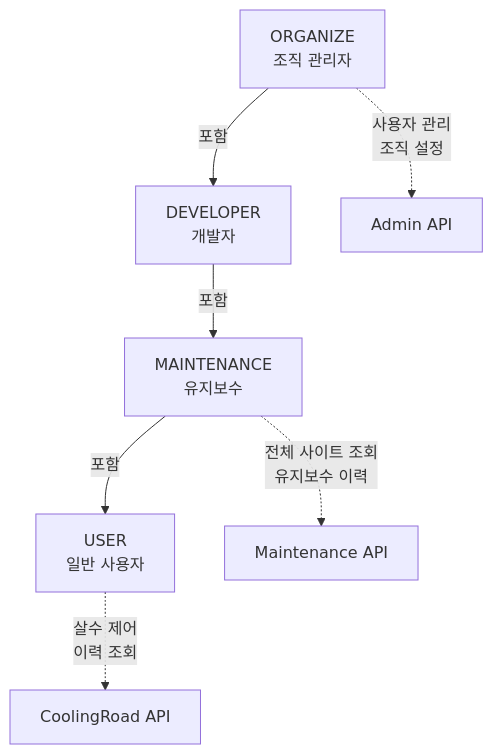
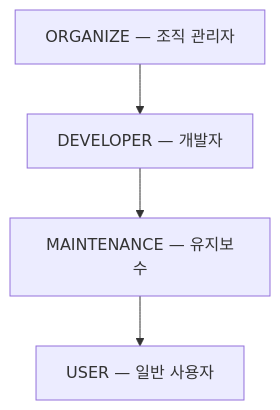
The seventh of 9 diagrams in README.md (1985jwlee/production-iot-backend), drawn with Mermaid before and after one commit. The commit also changed other lines of this file, not shown here.

````diff
--- a/README.md
+++ b/README.md
@@ -321,11 +234,6 @@
 ```mermaid
 graph TD
-    ORGANIZE["ORGANIZE\n조직 관리자"] -->|"포함"| DEV
-    DEV["DEVELOPER\n개발자"] -->|"포함"| MAINT
-    MAINT["MAINTENANCE\n유지보수"] -->|"포함"| USER
-    USER["USER\n일반 사용자"]
-
-    ORGANIZE -.->|"사용자 관리\n조직 설정"| ORG_API["Admin API"]
-    MAINT -.->|"전체 사이트 조회\n유지보수 이력"| MAINT_API["Maintenance API"]
-    USER -.->|"살수 제어\n이력 조회"| USER_API["CoolingRoad API"]
+    ORGANIZE["ORGANIZE — 조직 관리자"] --> DEV["DEVELOPER — 개발자"]
+    DEV --> MAINT["MAINTENANCE — 유지보수"]
+    MAINT --> USER["USER — 일반 사용자"]
 ```
````
